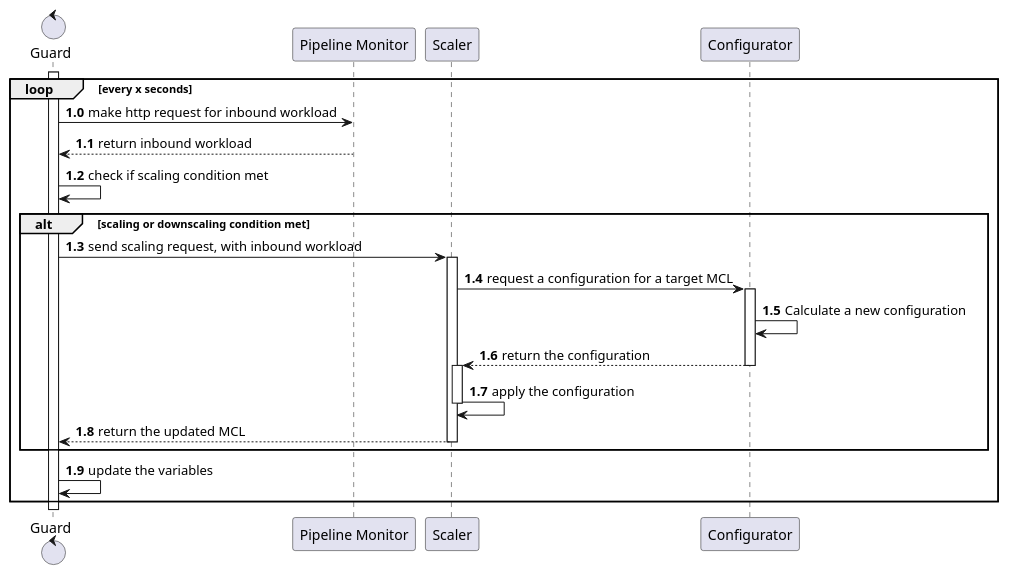
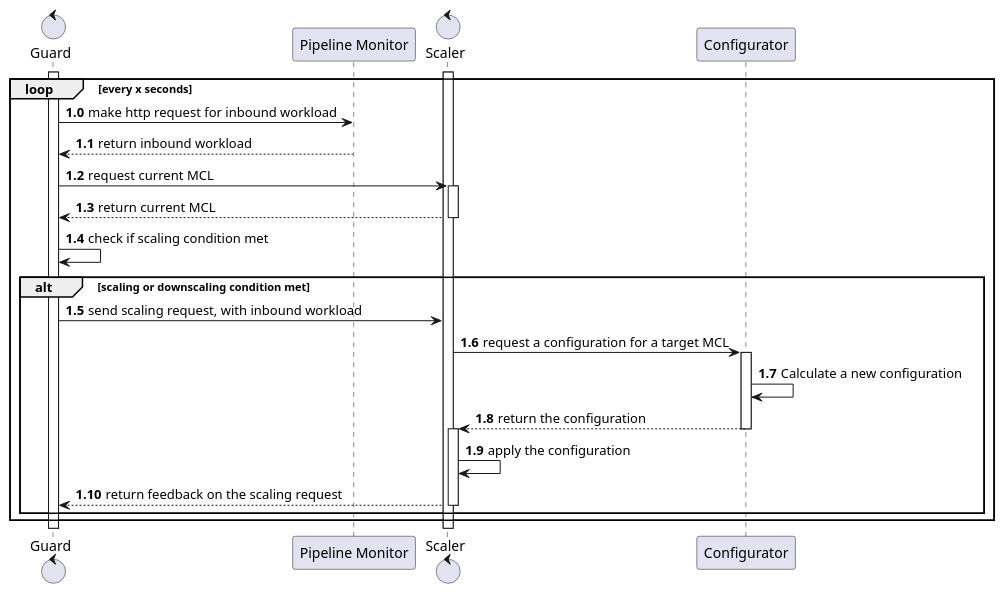
Before and after one commit to giovaz94/global-scaler: the diagram in uml/sequence.puml, drawn with PlantUML. The commit also changed 2 other files, not shown here.

```diff
--- a/uml/sequence.puml
+++ b/uml/sequence.puml
@@ -1,34 +1,36 @@
 @startuml
 control "Guard" as G
 participant "Pipeline Monitor" as M 
-participant "Scaler" as S
+control "Scaler" as S
 participant "Configurator" as C
 
 loop every x seconds
     activate G
+    activate S
     autonumber 1.0
     G -> M: make http request for inbound workload
     M --> G: return inbound workload
+    G -> S: request current MCL
+    activate S
+    S --> G: return current MCL
+    deactivate S
     G -> G : check if scaling condition met
     alt scaling or downscaling condition met
         G -> S: send scaling request, with inbound workload
-        activate S
         S -> C: request a configuration for a target MCL
         activate C
         C -> C: Calculate a new configuration
         C --> S: return the configuration
         deactivate C
         activate S
         S -> S: apply the configuration
-        deactivate S
-        S --> G: return the updated MCL
+        S --> G: return feedback on the scaling request
         deactivate S
     end
-    G -> G: update the variables
 end
 
 
-
+ 
 
 
 @enduml
```
